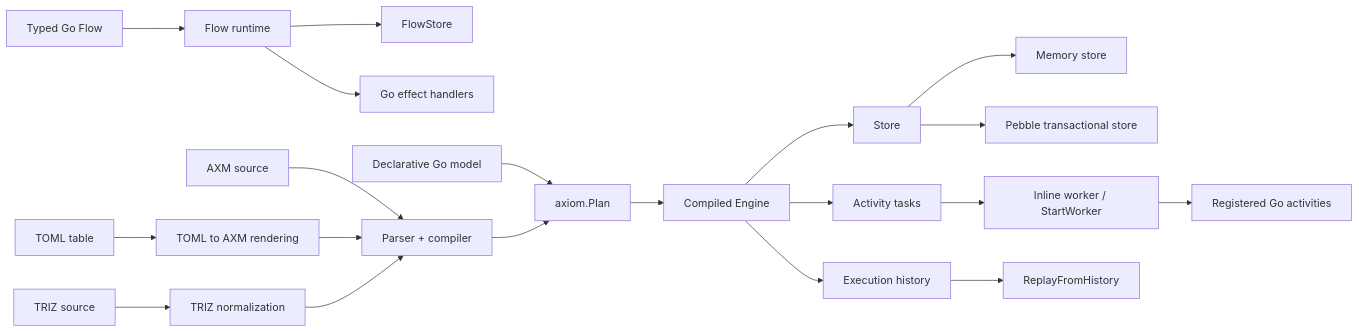
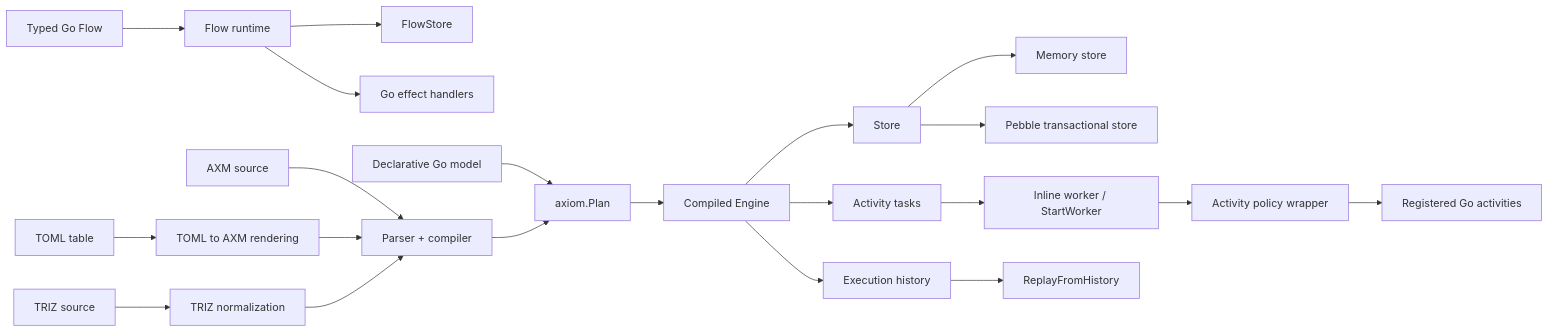
Before and after one commit to Homiakus/axiom: the first of 4 diagrams in ARCHITECTURE.md, drawn with Mermaid. The commit also changed other lines of this file, not shown here.

Commit message:
docs(architecture): align activity policy runtime model

````diff
--- a/ARCHITECTURE.md
+++ b/ARCHITECTURE.md
@@ -11,24 +11,25 @@
 ```mermaid
 flowchart LR
     Flow[Typed Go Flow] --> FlowRuntime[Flow runtime]
     FlowRuntime --> FlowStore[FlowStore]
     FlowRuntime --> Effects[Go effect handlers]
 
     GoModel[Declarative Go model] --> Plan[axiom.Plan]
     AXM[AXM source] --> Compiler[Parser + compiler]
     TOML[TOML table] --> AXMRender[TOML to AXM rendering]
     TRIZ[TRIZ source] --> Normalize[TRIZ normalization]
     AXMRender --> Compiler
     Normalize --> Compiler
     Compiler --> Plan
 
     Plan --> Engine[Compiled Engine]
     Engine --> Store[Store]
     Store --> Memory[Memory store]
     Store --> Pebble[Pebble transactional store]
     Engine --> Tasks[Activity tasks]
     Tasks --> Worker[Inline worker / StartWorker]
-    Worker --> Activities[Registered Go activities]
+    Worker --> Policy[Activity policy wrapper]
+    Policy --> Activities[Registered Go activities]
     Engine --> History[Execution history]
     History --> Replay[ReplayFromHistory]
 ```
````
